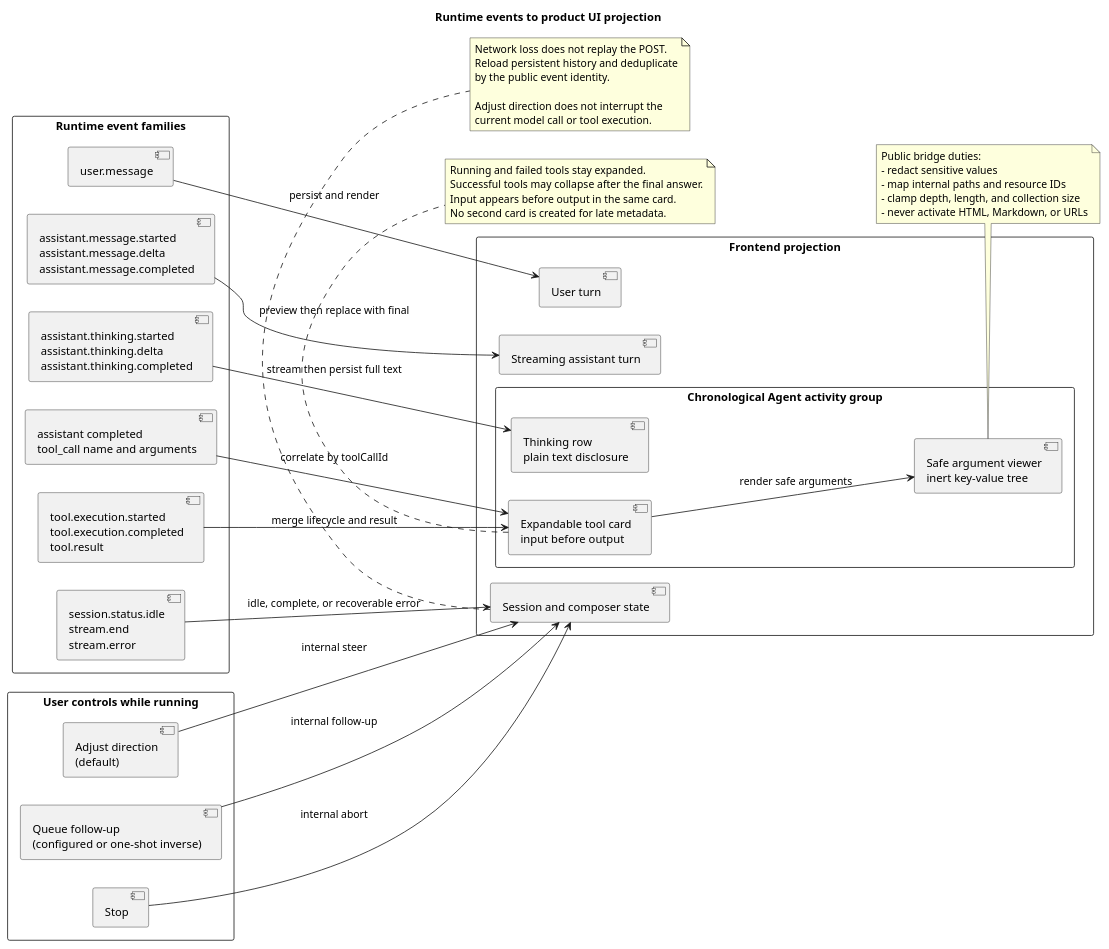
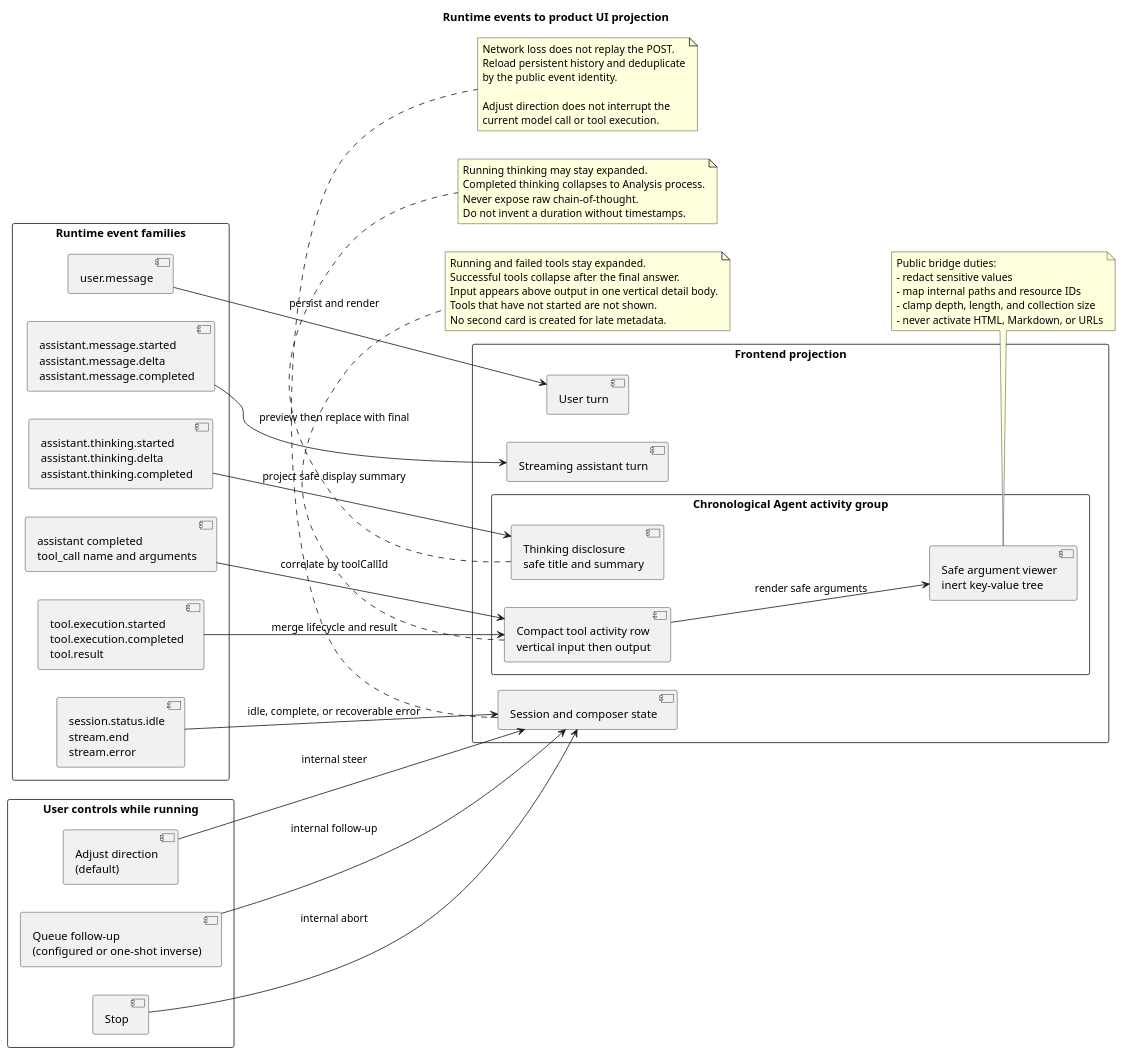
The third of 3 diagrams in campusclaw-frontend-design/diagram.puml (ssm0808/pi-mono-java-design), drawn with PlantUML before and after one commit. The commit also changed 12 other files, not shown here.

Commit message:
docs(campusclaw): align agent activity with Codex

```diff
--- a/campusclaw-frontend-design/diagram.puml
+++ b/campusclaw-frontend-design/diagram.puml
@@ -138,79 +138,88 @@
 @startuml runtime_event_ui_projection
 ' Source baseline: pi-mono-java bde123706305a41e51c9a47b22e6ad11bbd8204c.
 ' Source evidence: frontend/src/components/ConversationTimeline.vue lines 37-65 (thinking disclosure and result-only activity card).
 ' Source evidence: frontend/src/projectors/runtimeEventProjector.ts lines 40-90 and 112-145 (assistant, thinking, and result-only tool projection).
 ' Source evidence: frontend/src/types/product.ts lines 22-37 (AssistantTurn and ActivityTurn without arguments).
 ' Source evidence: modules/coding-agent-cli/src/main/java/com/campusclaw/codingagent/runtimeapi/event/RuntimeEventProjector.java lines 149-213 and 257-285.
 ' Source evidence: modules/coding-agent-cli/src/main/java/com/campusclaw/codingagent/runtimeapi/event/RuntimeEntryCodec.java lines 67-88, 430-442, 512-517, and 557-601.
-' Product-reference evidence: ChatGPT.app webview/assets/app-initial-BCLYDefw.js (followUpQueueMode, K9s) and webview/assets/zh-CN-ByRVSIXt.js.
+' Product-reference evidence: ChatGPT.app 26.820.60940 webview/assets/tool-activity-disclosure-CZUjU0Tu.js, agent-activity-item-BL0IhzOn.js, reasoning-item-heading-Cdl3NWmT.js, and local-conversation-turn-Ngva_Lp3.js.
 ' Observed behavior: thinking is attached to the assistant body; the frontend activity card shows result only; tool lifecycle events omit arguments, while assistant completed content preserves tool_call arguments.
-' Target-only design: a chronological activity group and safe argument viewer are not implemented at this baseline.
+' Target-only design: a chronological activity group, safe thinking summary, and safe argument viewer are not implemented at this baseline.
 ' Security hardening: the public bridge redacts, maps, and budgets arguments before the browser renders inert structured text.
-' Observed Codex behavior: desktop follow-up mode defaults to steer; a modifier submits one message with the inverse mode.
-' Design reason: correlate ToolCallSpec, lifecycle, and result by toolCallId so thinking context and real tool inputs stay readable without exposing raw protocol data.
+' Security hardening: raw private reasoning remains internal; the browser receives only a user-facing thinking title and summary.
+' Observed Codex behavior: activity rows are compact disclosures; details are vertical and indented; the running item opens by default and completed items collapse.
+' Design reason: correlate ToolCallSpec, lifecycle, and result by toolCallId so safe thinking context and real tool inputs stay readable without exposing raw protocol data.
 
 title Runtime events to product UI projection
 left to right direction
 
 rectangle "Runtime event families" as Events {
   component "user.message" as UserEvent
   component "assistant.message.started\nassistant.message.delta\nassistant.message.completed" as AssistantEvents
   component "assistant.thinking.started\nassistant.thinking.delta\nassistant.thinking.completed" as ThinkingEvents
   component "assistant completed\ntool_call name and arguments" as ToolSpec
   component "tool.execution.started\ntool.execution.completed\ntool.result" as ToolEvents
   component "session.status.idle\nstream.end\nstream.error" as TerminalEvents
 }
 
 rectangle "Frontend projection" as Projection {
   component "User turn" as UserTurn
   component "Streaming assistant turn" as AssistantTurn
   rectangle "Chronological Agent activity group" as ActivityGroup {
-    component "Thinking row\nplain text disclosure" as ThinkingRow
-    component "Expandable tool card\ninput before output" as ActivityCard
+    component "Thinking disclosure\nsafe title and summary" as ThinkingRow
+    component "Compact tool activity row\nvertical input then output" as ActivityCard
     component "Safe argument viewer\ninert key-value tree" as ArgumentViewer
   }
   component "Session and composer state" as SessionState
 }
 
 rectangle "User controls while running" as Controls {
   component "Adjust direction\n(default)" as Adjust
   component "Queue follow-up\n(configured or one-shot inverse)" as Continue
   component "Stop" as Stop
 }
 
 UserEvent --> UserTurn : persist and render
 AssistantEvents --> AssistantTurn : preview then replace with final
-ThinkingEvents --> ThinkingRow : stream then persist full text
+ThinkingEvents --> ThinkingRow : project safe display summary
 ToolSpec --> ActivityCard : correlate by toolCallId
 ToolEvents --> ActivityCard : merge lifecycle and result
 ActivityCard --> ArgumentViewer : render safe arguments
 TerminalEvents --> SessionState : idle, complete, or recoverable error
 
 Adjust --> SessionState : internal steer
 Continue --> SessionState : internal follow-up
 Stop --> SessionState : internal abort
 
 note bottom of ActivityCard
 Running and failed tools stay expanded.
-Successful tools may collapse after the final answer.
-Input appears before output in the same card.
+Successful tools collapse after the final answer.
+Input appears above output in one vertical detail body.
+Tools that have not started are not shown.
 No second card is created for late metadata.
+end note
+
+note bottom of ThinkingRow
+Running thinking may stay expanded.
+Completed thinking collapses to Analysis process.
+Never expose raw chain-of-thought.
+Do not invent a duration without timestamps.
 end note
 
 note bottom of ArgumentViewer
 Public bridge duties:
 - redact sensitive values
 - map internal paths and resource IDs
 - clamp depth, length, and collection size
 - never activate HTML, Markdown, or URLs
 end note
 
 note bottom of SessionState
 Network loss does not replay the POST.
 Reload persistent history and deduplicate
 by the public event identity.
 
 Adjust direction does not interrupt the
 current model call or tool execution.
 end note
 @enduml
```
